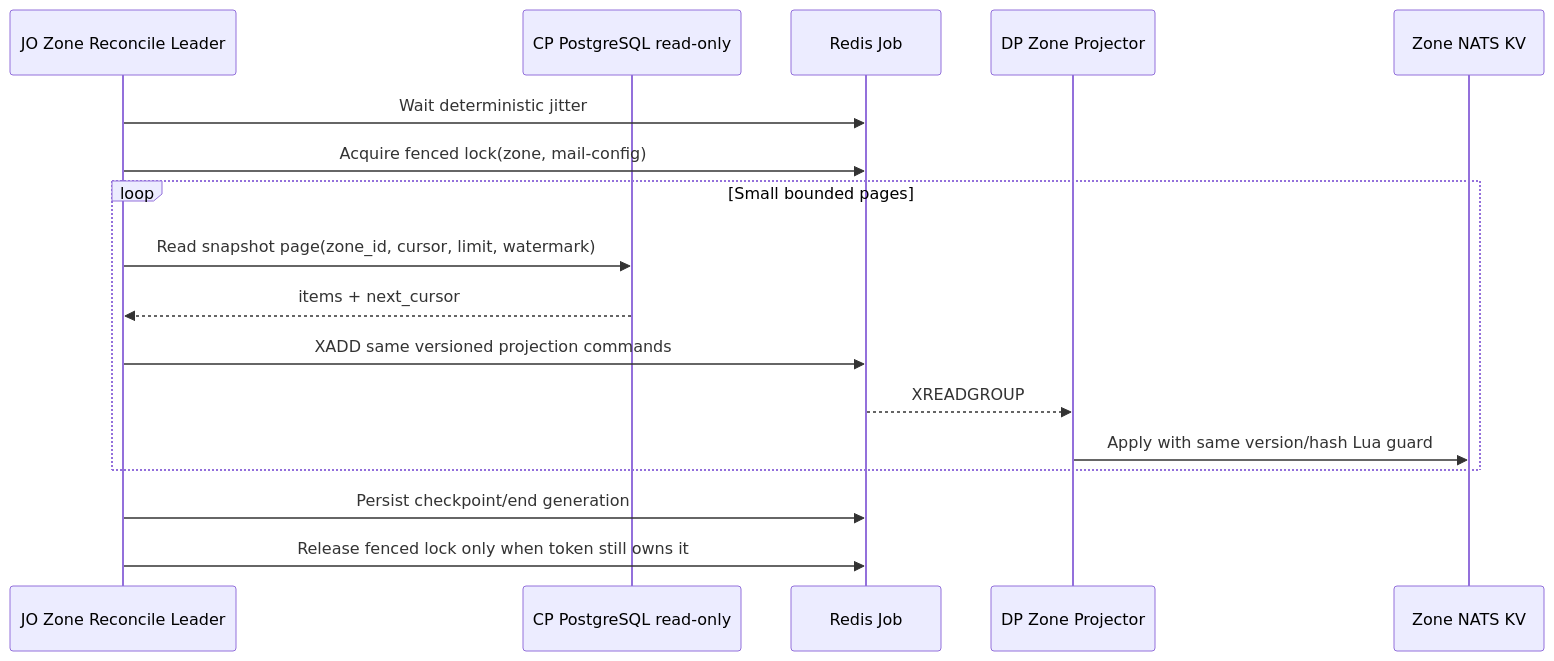
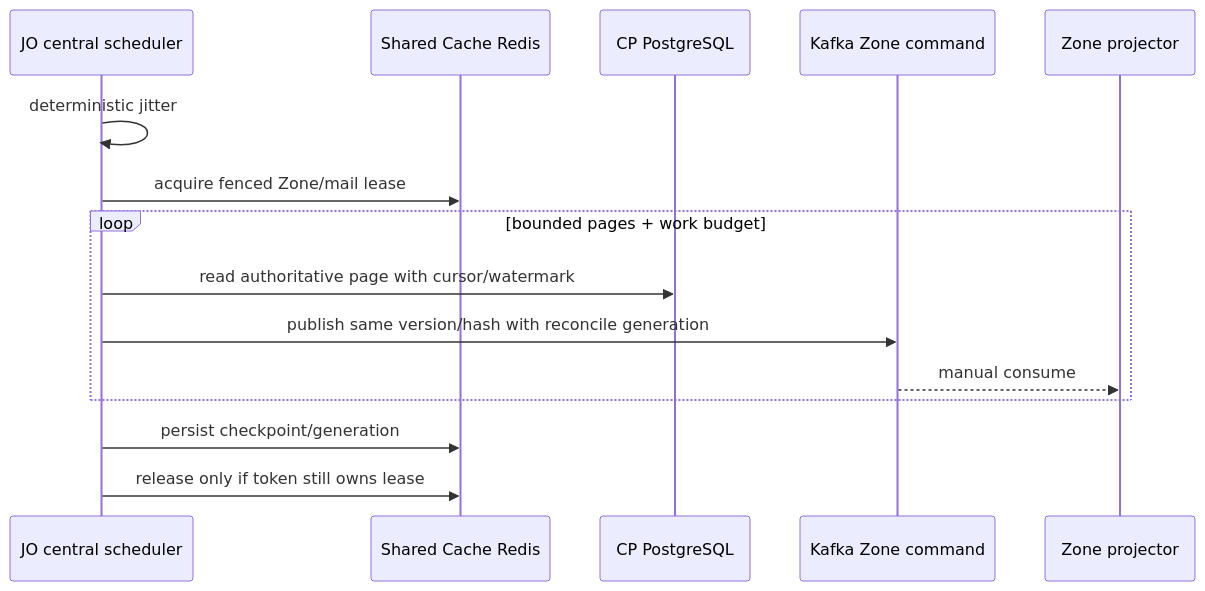
One commit to phucle996/aurora changed the fourth of 5 diagrams in god_view/mail/mail_configuration_projection_god_view.md. Above: the diagram before and after it, drawn with Mermaid. The commit also changed other lines of this file and 91 other files, not shown here.

Commit message:
feat: migrate job-orchestrator and dataplane communication from Redis PubSub to Kafka transport layer

````diff
--- a/god_view/mail/mail_configuration_projection_god_view.md
+++ b/god_view/mail/mail_configuration_projection_god_view.md
@@ -253,20 +202,18 @@
 ```mermaid
 sequenceDiagram
-    participant Leader as JO Zone Reconcile Leader
-    participant DB as CP PostgreSQL read-only
-    participant RJ as Redis Job
-    participant ZP as DP Zone Projector
-    participant L2 as Zone NATS KV
+    participant S as JO central scheduler
+    participant R as Shared Cache Redis
+    participant DB as CP PostgreSQL
+    participant K as Kafka Zone command
+    participant DP as Zone projector
 
-    Leader->>RJ: Wait deterministic jitter
-    Leader->>RJ: Acquire fenced lock(zone, mail-config)
-    loop Small bounded pages
-        Leader->>DB: Read snapshot page(zone_id, cursor, limit, watermark)
-        DB-->>Leader: items + next_cursor
-        Leader->>RJ: XADD same versioned projection commands
-        RJ-->>ZP: XREADGROUP
-        ZP->>L2: Apply with same version/hash Lua guard
+    S->>S: deterministic jitter
+    S->>R: acquire fenced Zone/mail lease
+    loop bounded pages + work budget
+        S->>DB: read authoritative page with cursor/watermark
+        S->>K: publish same version/hash with reconcile generation
+        K-->>DP: manual consume
     end
-    Leader->>RJ: Persist checkpoint/end generation
-    Leader->>RJ: Release fenced lock only when token still owns it
+    S->>R: persist checkpoint/generation
+    S->>R: release only if token still owns lease
 ```
````
